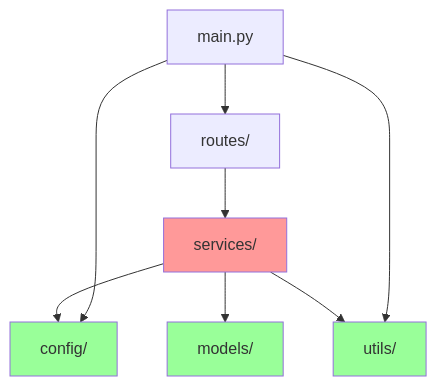
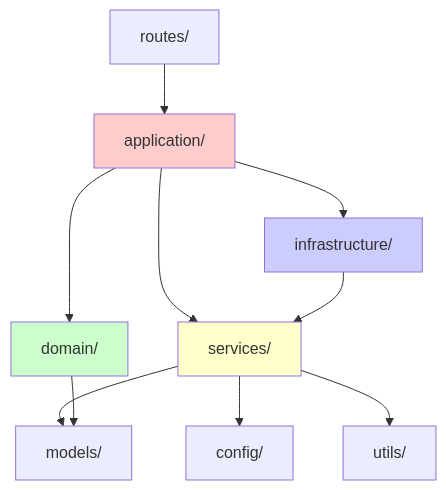
Before and after one commit to p8552015/lineMCP: the diagram in README.md, drawn with Mermaid. The commit also changed other lines of this file, not shown here.

````diff
--- a/README.md
+++ b/README.md
@@ -122,15 +142,17 @@
 ```mermaid
 graph TD
-    A[routes/] --> B[services/]
-    B --> C[config/]
-    B --> D[models/]
-    B --> E[utils/]
-    F[main.py] --> A
-    F --> C
-    F --> E
+    A[routes/] --> B[application/]
+    B --> C[domain/]
+    B --> D[services/]
+    B --> E[infrastructure/]
+    D --> F[config/]
+    D --> G[models/]
+    D --> H[utils/]
+    E --> D
+    C --> G
     
-    style B fill:#ff9999
-    style C fill:#99ff99
-    style D fill:#99ff99
-    style E fill:#99ff99
+    style B fill:#ffcccc
+    style C fill:#ccffcc  
+    style E fill:#ccccff
+    style D fill:#ffffcc
 ```
````
